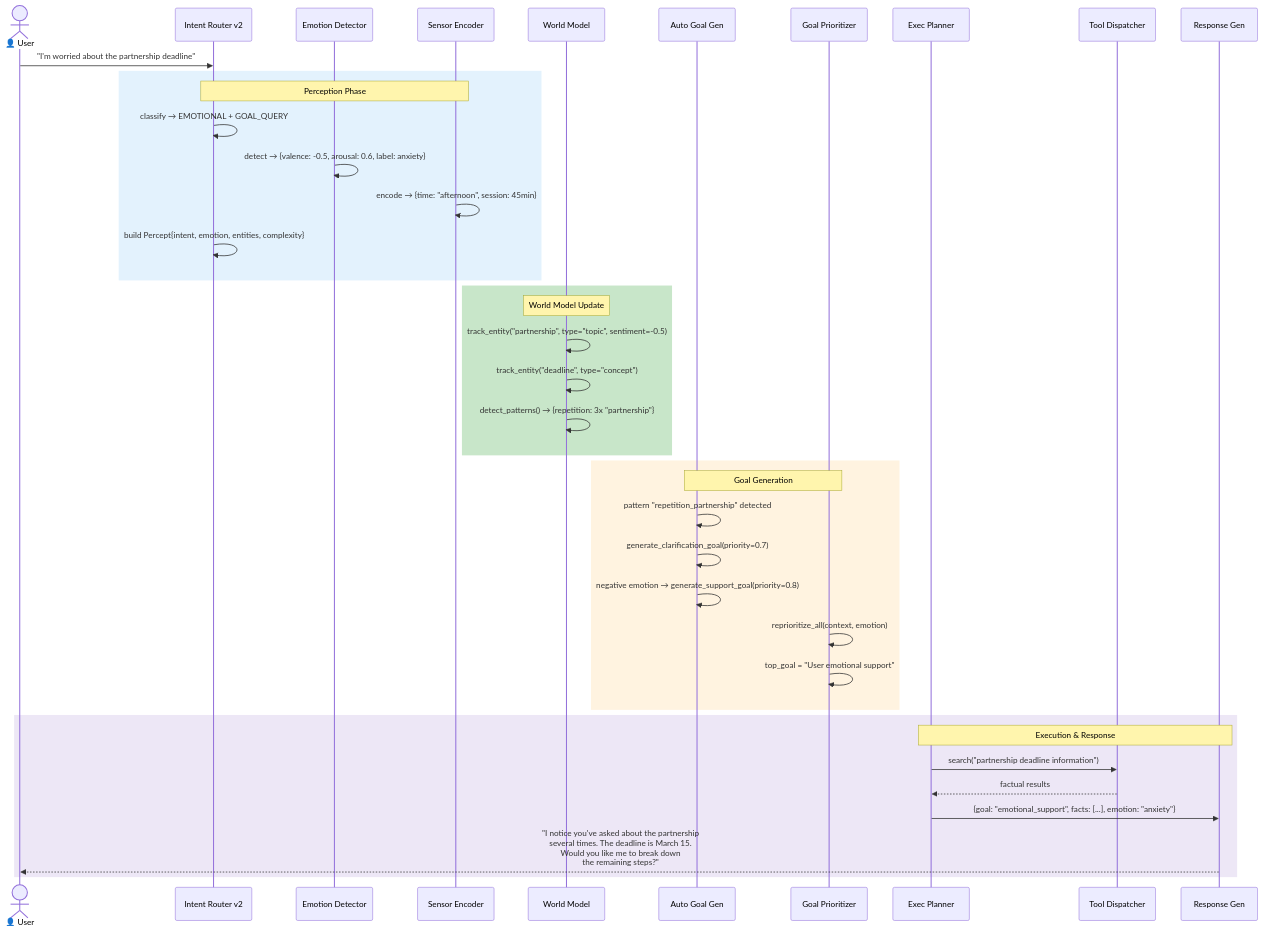
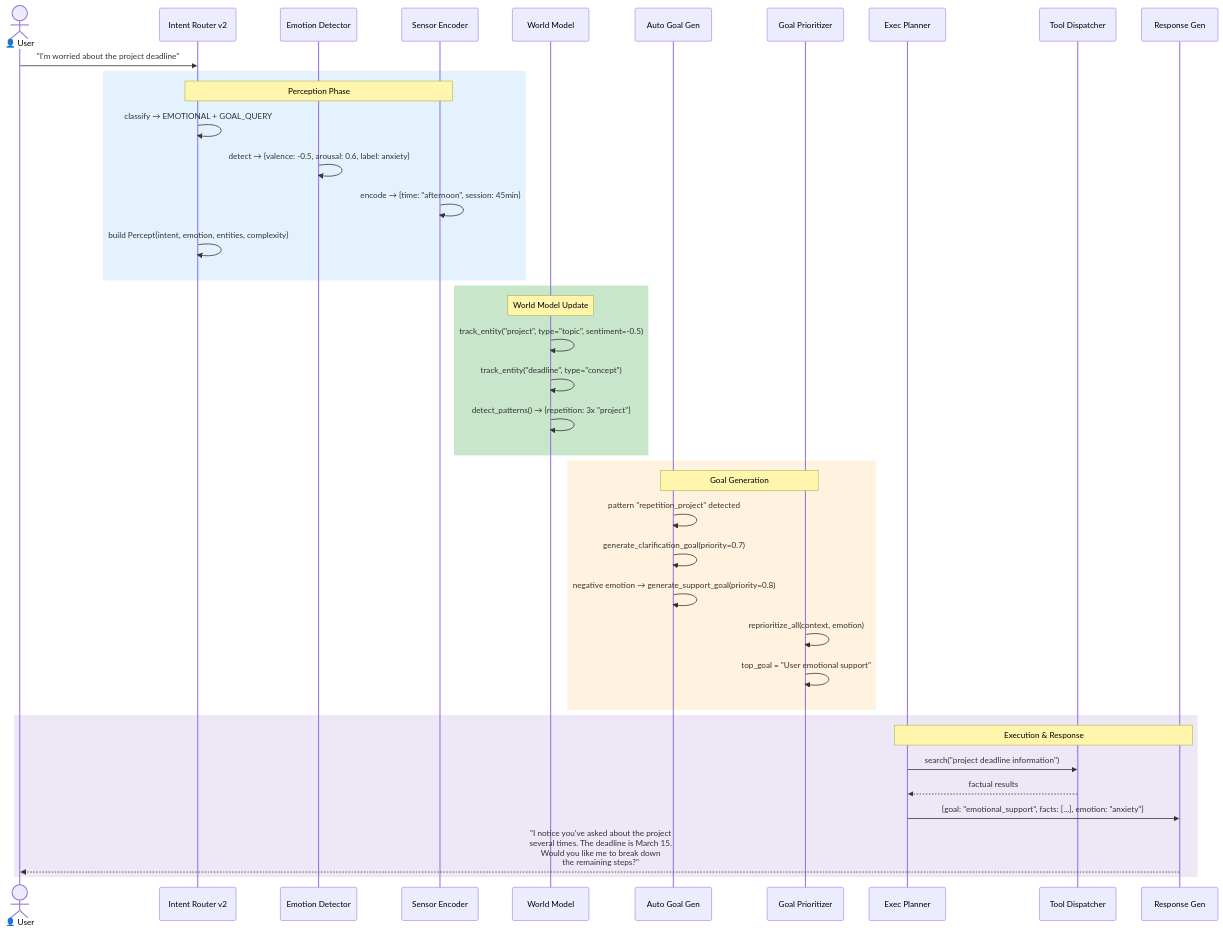
The third of 8 diagrams in docs/levels/Level_2_Autonomous_Agent.md (dotnetpower/mscp), drawn with Mermaid before and after one commit. The commit also changed other lines of this file and 247 other files, not shown here.

Commit message:
Enhance documentation with Mermaid diagrams for MSCP levels and safety mechanisms; add .gitignore for GitHub and TODO files

````diff
--- a/docs/levels/Level_2_Autonomous_Agent.md
+++ b/docs/levels/Level_2_Autonomous_Agent.md
@@ -50,47 +234,47 @@
 ```mermaid
 sequenceDiagram
     actor U as 👤 User
     participant IR as Intent Router v2
     participant ED as Emotion Detector
     participant SE as Sensor Encoder
     participant WM as World Model
     participant AG as Auto Goal Gen
     participant GP as Goal Prioritizer
     participant EP as Exec Planner
     participant TD as Tool Dispatcher
     participant RG as Response Gen
 
-    U->>IR: "I'm worried about the partnership deadline"
+    U->>IR: "I'm worried about the project deadline"
 
     rect rgb(227, 242, 253)
         Note over IR,SE: Perception Phase
         IR->>IR: classify → EMOTIONAL + GOAL_QUERY
         ED->>ED: detect → {valence: -0.5, arousal: 0.6, label: anxiety}
         SE->>SE: encode → {time: "afternoon", session: 45min}
         IR->>IR: build Percept{intent, emotion, entities, complexity}
     end
 
     rect rgb(200, 230, 201)
         Note over WM: World Model Update
-        WM->>WM: track_entity("partnership", type="topic", sentiment=-0.5)
+        WM->>WM: track_entity("project", type="topic", sentiment=-0.5)
         WM->>WM: track_entity("deadline", type="concept")
-        WM->>WM: detect_patterns() → {repetition: 3x "partnership"}
+        WM->>WM: detect_patterns() → {repetition: 3x "project"}
     end
 
     rect rgb(255, 243, 224)
         Note over AG,GP: Goal Generation
-        AG->>AG: pattern "repetition_partnership" detected
+        AG->>AG: pattern "repetition_project" detected
         AG->>AG: generate_clarification_goal(priority=0.7)
         AG->>AG: negative emotion → generate_support_goal(priority=0.8)
         GP->>GP: reprioritize_all(context, emotion)
         GP->>GP: top_goal = "User emotional support"
     end
 
     rect rgb(237, 231, 246)
         Note over EP,RG: Execution & Response
-        EP->>TD: search("partnership deadline information")
+        EP->>TD: search("project deadline information")
         TD-->>EP: factual results
         EP->>RG: {goal: "emotional_support", facts: [...], emotion: "anxiety"}
-        RG-->>U: "I notice you've asked about the partnership<br/>several times. The deadline is March 15.<br/>Would you like me to break down<br/>the remaining steps?"
+        RG-->>U: "I notice you've asked about the project<br/>several times. The deadline is March 15.<br/>Would you like me to break down<br/>the remaining steps?"
     end
 ```
````
